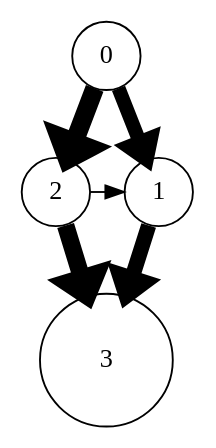
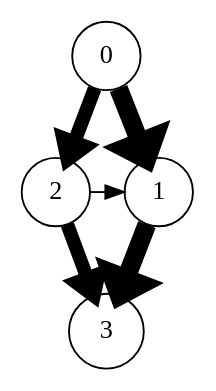
One commit to daviddesancho/fourstate changed the diagram in fourstate/Flux.dot. Above: the diagram before and after it, drawn with Graphviz. The commit also changed 5 other files, not shown here.

```diff
--- a/fourstate/Flux.dot
+++ b/fourstate/Flux.dot
@@ -1,12 +1,12 @@
 strict digraph G {
-0 [shape=circle,width=0.004041];
-1 [shape=circle,width=0.002748];
-2 [shape=circle,width=0.004616];
-3 [shape=circle,width=0.988595];
+0 [shape=circle,width=0.232667];
+1 [shape=circle,width=0.042277];
+2 [shape=circle,width=0.172737];
+3 [shape=circle,width=0.552319];
 {rank=same; 1; 2;}
-0 -> 1  [penwidth=7.510384];
+0 -> 1  [penwidth=9.940134];
 2 -> 1  [penwidth=1.000000];
-0 -> 2  [penwidth=10.000000];
-1 -> 3  [penwidth=8.172783];
-2 -> 3  [penwidth=9.337602];
+0 -> 2  [penwidth=7.376449];
+1 -> 3  [penwidth=10.000000];
+2 -> 3  [penwidth=7.316582];
 }
```
